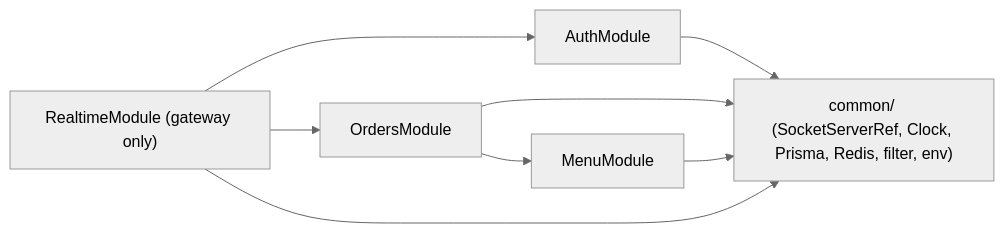
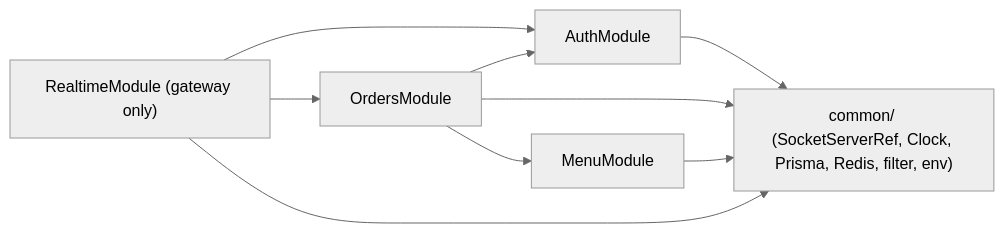
One commit to RonaldSAMY/restaurant changed the second of 6 diagrams in _bmad-output/planning-artifacts/architecture/architecture-restuarent-2026-10-17/ARCHITECTURE-SPINE.md. Above: the diagram before and after it, drawn with Mermaid (neutral theme). The commit also changed 13 other files, not shown here.

````diff
--- a/_bmad-output/planning-artifacts/architecture/architecture-restuarent-2026-10-17/ARCHITECTURE-SPINE.md
+++ b/_bmad-output/planning-artifacts/architecture/architecture-restuarent-2026-10-17/ARCHITECTURE-SPINE.md
@@ -46,10 +46,11 @@
 ```mermaid
 flowchart LR
   realtime["RealtimeModule (gateway only)"] --> auth["AuthModule"]
   realtime --> orders["OrdersModule"]
   orders --> menu["MenuModule"]
+  orders --> auth
   auth --> common["common/ (SocketServerRef, Clock, Prisma, Redis, filter, env)"]
   orders --> common
   menu --> common
   realtime --> common
 ```
````
